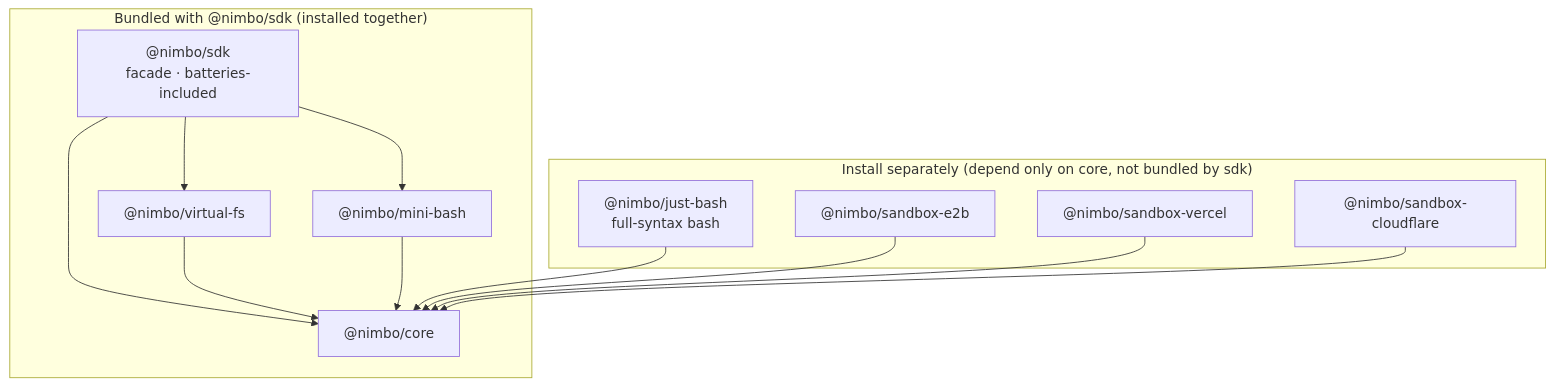
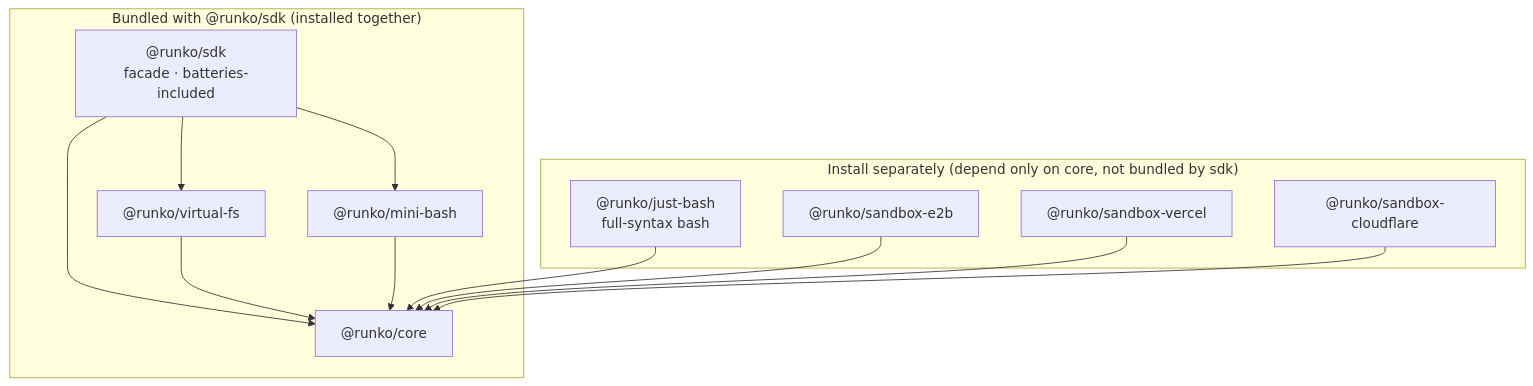
Before and after one commit to ludafa/runko: the diagram in README.md, drawn with Mermaid. The commit also changed other lines of this file and 450 other files, not shown here.

First line of the commit message:
refactor: 全仓库改名 nimbo → runko，库表名改用 agent_ 前缀

````diff
--- a/README.md
+++ b/README.md
@@ -129,24 +129,24 @@
 ```mermaid
 graph TD
-    subgraph bundled["Bundled with @nimbo/sdk (installed together)"]
-        sdk["@nimbo/sdk<br/>facade · batteries-included"]
-        core["@nimbo/core"]
-        vfs["@nimbo/virtual-fs"]
-        mini["@nimbo/mini-bash"]
+    subgraph bundled["Bundled with @runko/sdk (installed together)"]
+        sdk["@runko/sdk<br/>facade · batteries-included"]
+        core["@runko/core"]
+        vfs["@runko/virtual-fs"]
+        mini["@runko/mini-bash"]
     end
     subgraph separate["Install separately (depend only on core, not bundled by sdk)"]
-        just["@nimbo/just-bash<br/>full-syntax bash"]
-        e2b["@nimbo/sandbox-e2b"]
-        vercel["@nimbo/sandbox-vercel"]
-        cf["@nimbo/sandbox-cloudflare"]
+        just["@runko/just-bash<br/>full-syntax bash"]
+        e2b["@runko/sandbox-e2b"]
+        vercel["@runko/sandbox-vercel"]
+        cf["@runko/sandbox-cloudflare"]
     end
     sdk --> vfs
     sdk --> core
     sdk --> mini
     vfs --> core
     mini --> core
     just --> core
     e2b --> core
     vercel --> core
     cf --> core
 ```
````
